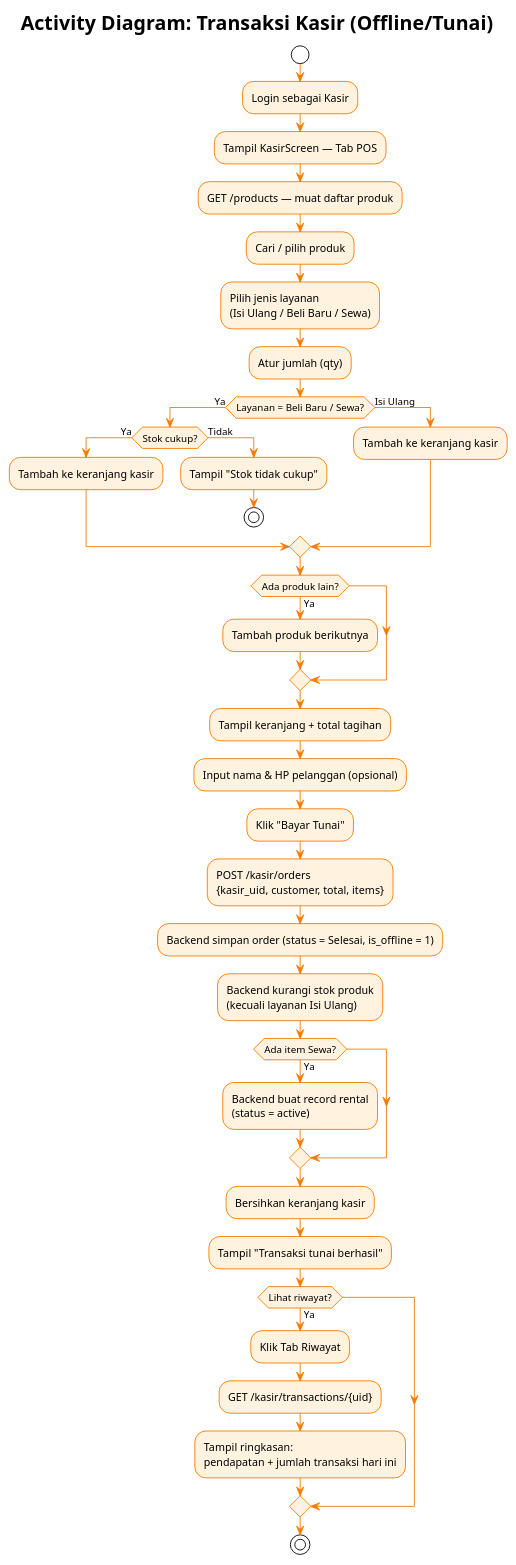
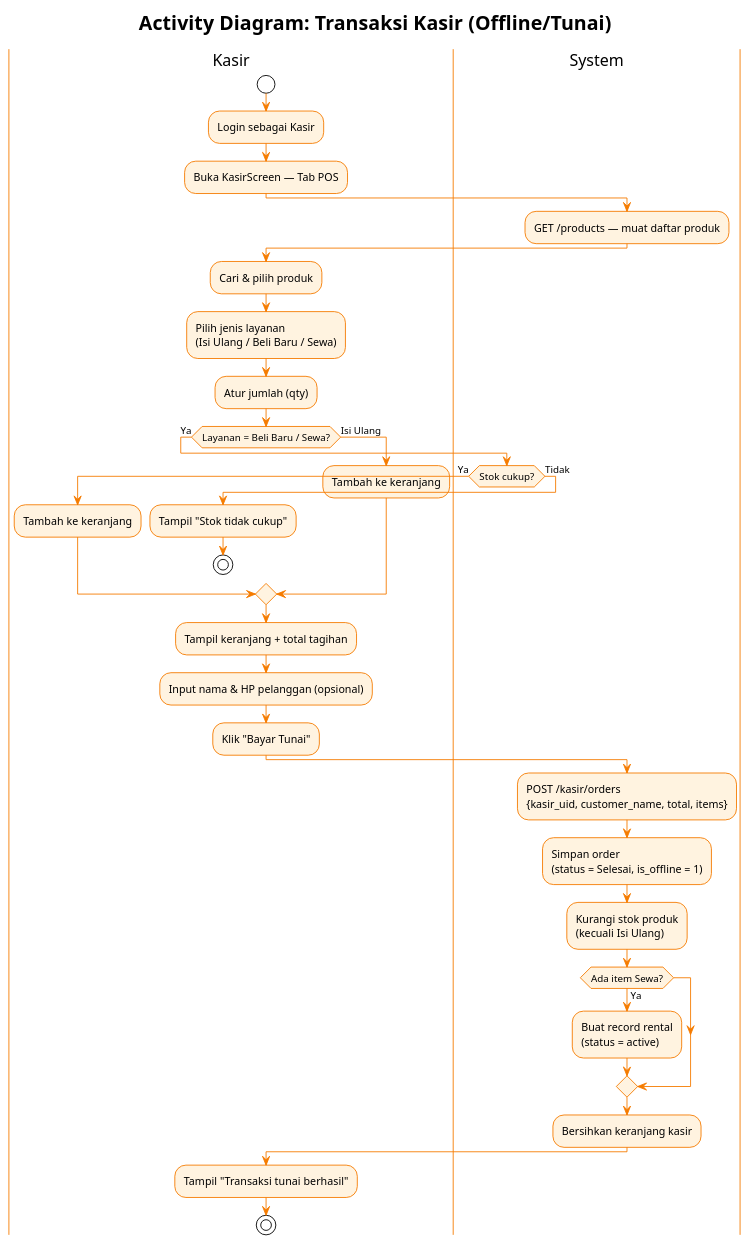
One commit to IlhamMaulana13/Project3-SitemApkOrderGalon changed the diagram in diagrams/activity/15_kasir_transaksi_activity.puml. Above: the diagram before and after it, drawn with PlantUML. The commit also changed 11 other files, not shown here.

```diff
--- a/diagrams/activity/15_kasir_transaksi_activity.puml
+++ b/diagrams/activity/15_kasir_transaksi_activity.puml
@@ -1,54 +1,54 @@
 @startuml AD_Kasir_Transaksi
 !theme plain
 title Activity Diagram: Transaksi Kasir (Offline/Tunai)
 skinparam ArrowColor #F57C00
 skinparam ActivityBackgroundColor #FFF3E0
 skinparam ActivityBorderColor #F57C00
+skinparam SwimlaneBorderColor #F57C00
 
+|Kasir|
 start
 :Login sebagai Kasir;
-:Tampil KasirScreen — Tab POS;
+:Buka KasirScreen — Tab POS;
+
+|System|
 :GET /products — muat daftar produk;
 
-:Cari / pilih produk;
+|Kasir|
+:Cari & pilih produk;
 :Pilih jenis layanan\n(Isi Ulang / Beli Baru / Sewa);
 :Atur jumlah (qty);
 
 if (Layanan = Beli Baru / Sewa?) then (Ya)
+    |System|
     if (Stok cukup?) then (Ya)
-        :Tambah ke keranjang kasir;
+        |Kasir|
+        :Tambah ke keranjang;
     else (Tidak)
+        |Kasir|
         :Tampil "Stok tidak cukup";
         stop
     endif
 else (Isi Ulang)
-    :Tambah ke keranjang kasir;
+    :Tambah ke keranjang;
 endif
 
-if (Ada produk lain?) then (Ya)
-    :Tambah produk berikutnya;
-endif
-
+|Kasir|
 :Tampil keranjang + total tagihan;
 :Input nama & HP pelanggan (opsional);
 :Klik "Bayar Tunai";
 
-:POST /kasir/orders\n{kasir_uid, customer, total, items};
-:Backend simpan order (status = Selesai, is_offline = 1);
-:Backend kurangi stok produk\n(kecuali layanan Isi Ulang);
+|System|
+:POST /kasir/orders\n{kasir_uid, customer_name, total, items};
+:Simpan order\n(status = Selesai, is_offline = 1);
+:Kurangi stok produk\n(kecuali Isi Ulang);
+if (Ada item Sewa?) then (Ya)
+    :Buat record rental\n(status = active);
+endif
+:Bersihkan keranjang kasir;
 
-if (Ada item Sewa?) then (Ya)
-    :Backend buat record rental\n(status = active);
-endif
-
-:Bersihkan keranjang kasir;
+|Kasir|
 :Tampil "Transaksi tunai berhasil";
-
-if (Lihat riwayat?) then (Ya)
-    :Klik Tab Riwayat;
-    :GET /kasir/transactions/{uid};
-    :Tampil ringkasan:\npendapatan + jumlah transaksi hari ini;
-endif
 
 stop
 @enduml
```
